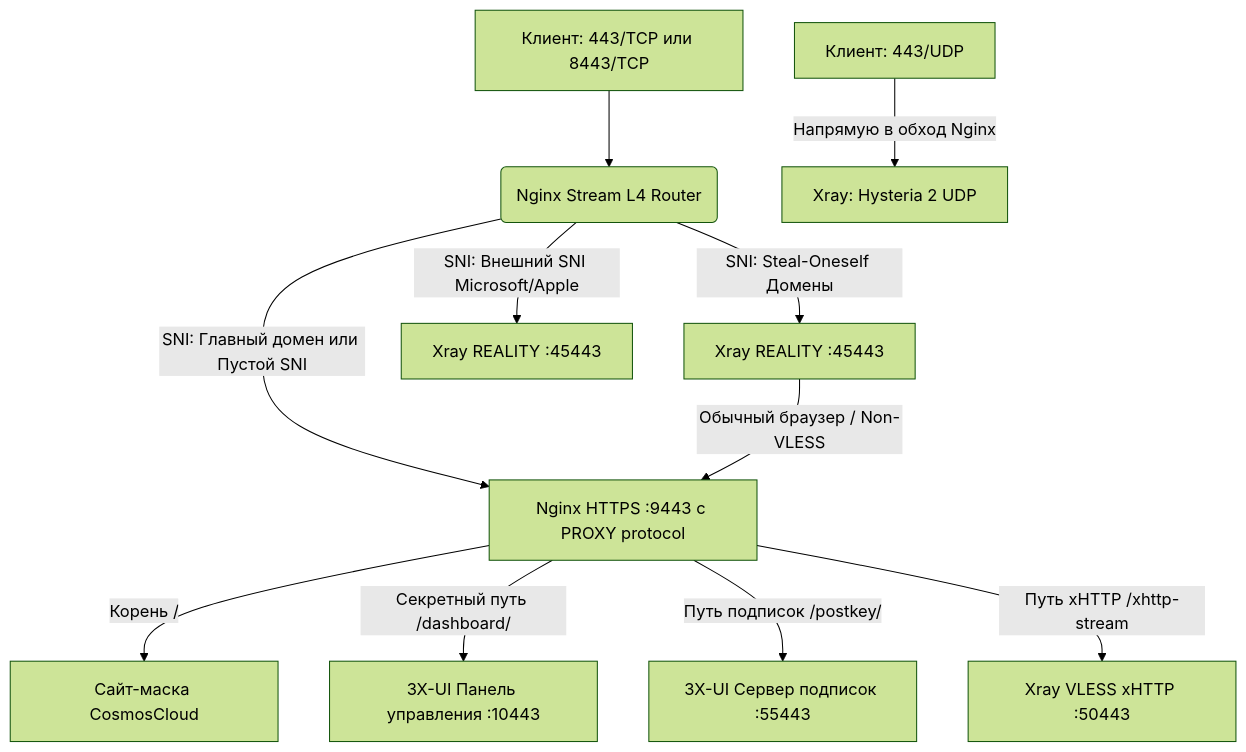
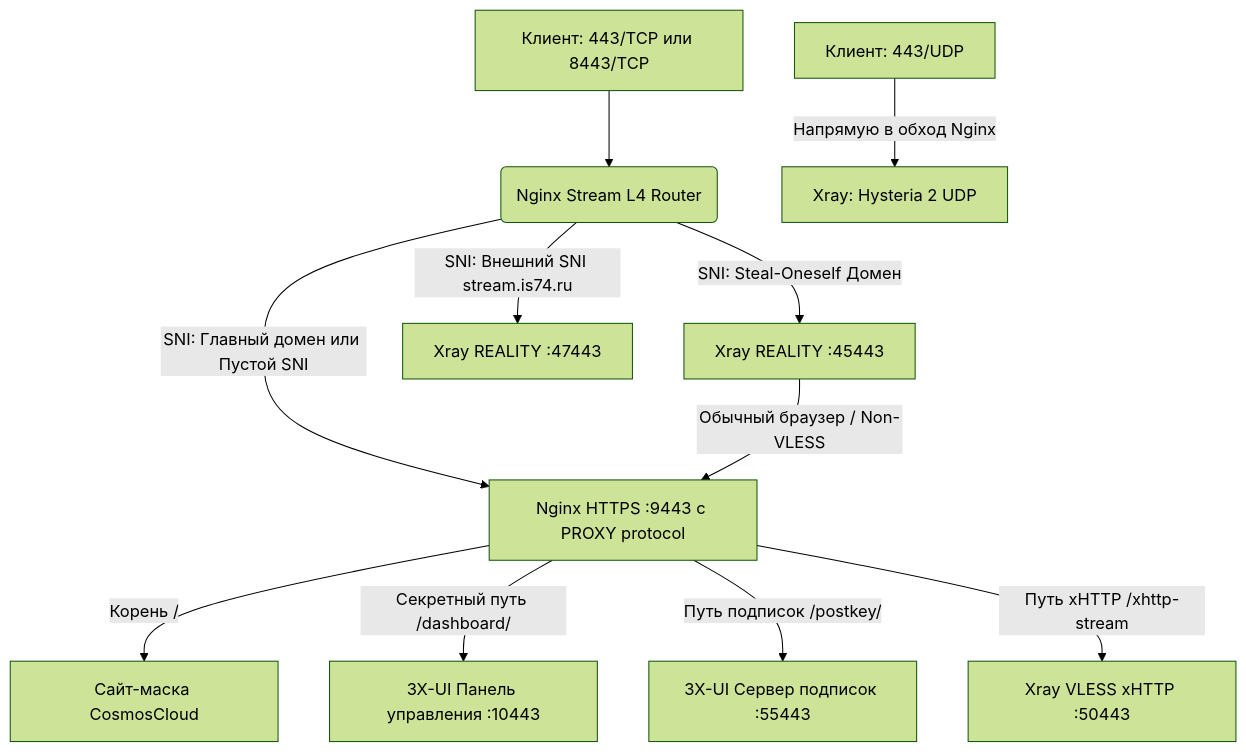
The diagram in README.md (torrua/Nginx-L4-Stream-Router-Mask-for-3x-ui), drawn with Mermaid (forest theme) before and after one commit. The commit also changed other lines of this file, not shown here.

````diff
--- a/README.md
+++ b/README.md
@@ -50,16 +49,16 @@
 ```mermaid
 graph TD
     Client443TCP[Клиент: 443/TCP или 8443/TCP] --> NginxStream(Nginx Stream L4 Router)
     Client443UDP[Клиент: 443/UDP] -->|Напрямую в обход Nginx| XrayHysteria[Xray: Hysteria 2 UDP]
 
     NginxStream -->|SNI: Главный домен или Пустой SNI| NginxHTTP[Nginx HTTPS :9443 с PROXY protocol]
-    NginxStream -->|SNI: Steal-Oneself Домены| XrayStealREALITY[Xray REALITY :45443]
-    NginxStream -->|SNI: Внешний SNI Microsoft/Apple| XrayClassicREALITY[Xray REALITY :45443]
+    NginxStream -->|SNI: Steal-Oneself Домен| XrayStealREALITY[Xray REALITY :45443]
+    NginxStream -->|SNI: Внешний SNI stream.is74.ru| XrayClassicREALITY[Xray REALITY :47443]
 
     XrayStealREALITY -->|Обычный браузер / Non-VLESS| NginxHTTP
     
     NginxHTTP -->|Корень /| DecoySite[Сайт-маска CosmosCloud]
     NginxHTTP -->|Секретный путь /dashboard/| Panel3X[3X-UI Панель управления :10443]
     NginxHTTP -->|Путь подписок /postkey/| PanelSub[3X-UI Сервер подписок :55443]
     NginxHTTP -->|Путь xHTTP /xhttp-stream| XrayXHTTP[Xray VLESS xHTTP :50443]
 ```
````
